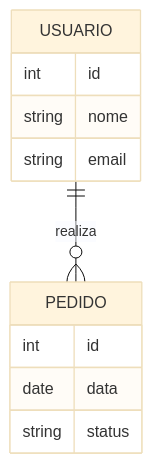
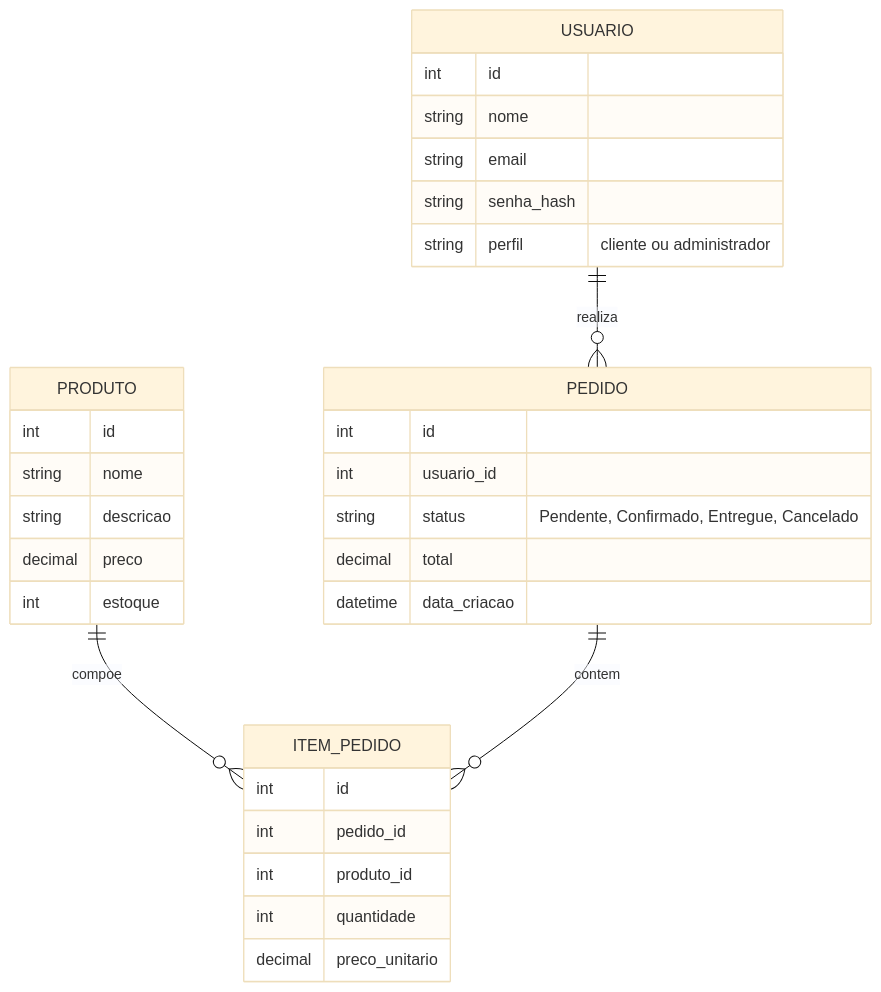
The second of 2 diagrams in Documentacao-software-Kwic.md (mlm5608/Projeto_Arquitetura_Cliente-Servidor), drawn with Mermaid (base theme) before and after one commit. The commit also changed other lines of this file, not shown here.

````diff
--- a/Documentacao-software-Kwic.md
+++ b/Documentacao-software-Kwic.md
@@ -251,14 +422,34 @@
 ```mermaid
 erDiagram
     USUARIO ||--o{ PEDIDO : realiza
+    PRODUTO ||--o{ ITEM_PEDIDO : compoe
+    PEDIDO ||--o{ ITEM_PEDIDO : contem
     USUARIO {
         int id
         string nome
         string email
+        string senha_hash
+        string perfil "cliente ou administrador"
+    }
+    PRODUTO {
+        int id
+        string nome
+        string descricao
+        decimal preco
+        int estoque
     }
     PEDIDO {
         int id
-        date data
-        string status
+        int usuario_id
+        string status "Pendente, Confirmado, Entregue, Cancelado"
+        decimal total
+        datetime data_criacao
+    }
+    ITEM_PEDIDO {
+        int id
+        int pedido_id
+        int produto_id
+        int quantidade
+        decimal preco_unitario
     }
 ```
````
